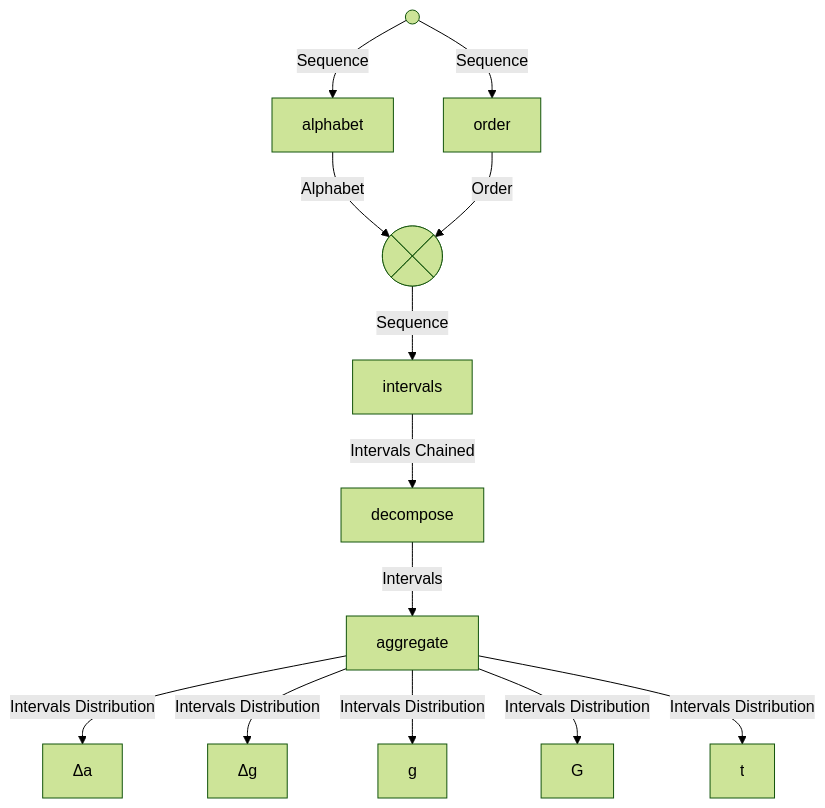
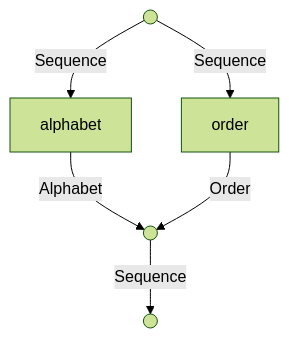
Before and after one commit to intervals-mining-lab/foapy: the first of 2 diagrams in docs/fundamentals/objects/index.md, drawn with Mermaid (forest theme). The commit also changed other lines of this file and 6 other files, not shown here.

````diff
--- a/docs/fundamentals/objects/index.md
+++ b/docs/fundamentals/objects/index.md
@@ -3,16 +3,8 @@
 ```mermaid
 flowchart TB
     Start@{ shape: sm-circ, label: "" }-- Sequence -->alphabet
     alphabet-- Alphabet -->OA@{ shape: cross-circ, label: "order + alphabet" }
     Start-- Sequence -->O@{label: "order"}
-    O@{label: "order"}-- Order -->OA@{ shape: cross-circ, label: "order + alphabet" }
-    OA@{ label: "order + alphabet" }-- Sequence -->intervals
-    intervals-- Intervals Chained -->decompose
-    decompose-- Intervals -->aggregate
-    aggregate-- Intervals Distribution --> da@{ label: "Δa" }
-    aggregate-- Intervals Distribution --> dg@{ label: "Δg" }
-    aggregate-- Intervals Distribution --> g@{ label: "g" }
-    aggregate-- Intervals Distribution --> G@{ label: "G" }
-    aggregate-- Intervals Distribution --> t@{ label: "t" }
-
+    O@{label: "order"}-- Order -->OA@{ shape: sm-circ, label: "order + alphabet" }
+    OA@{ label: "order + alphabet" }-- Sequence -->End@{ shape: sm-circ, label: "end" }
 ```
````
